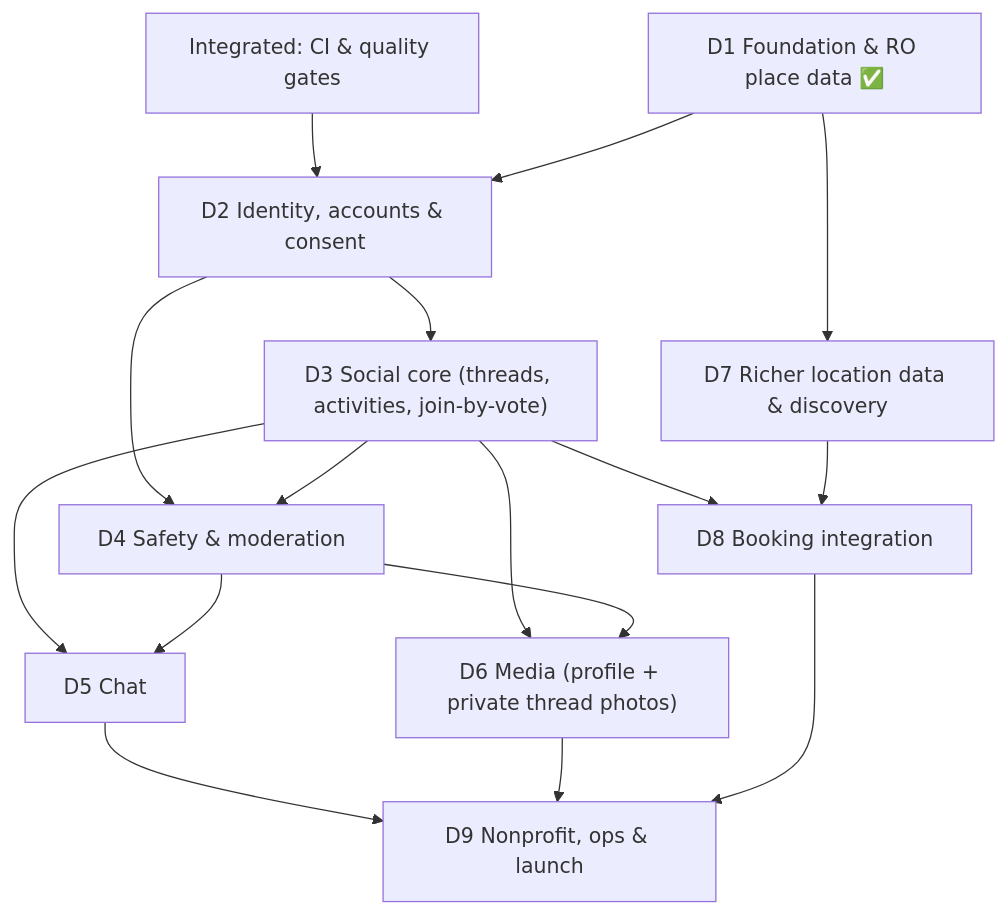
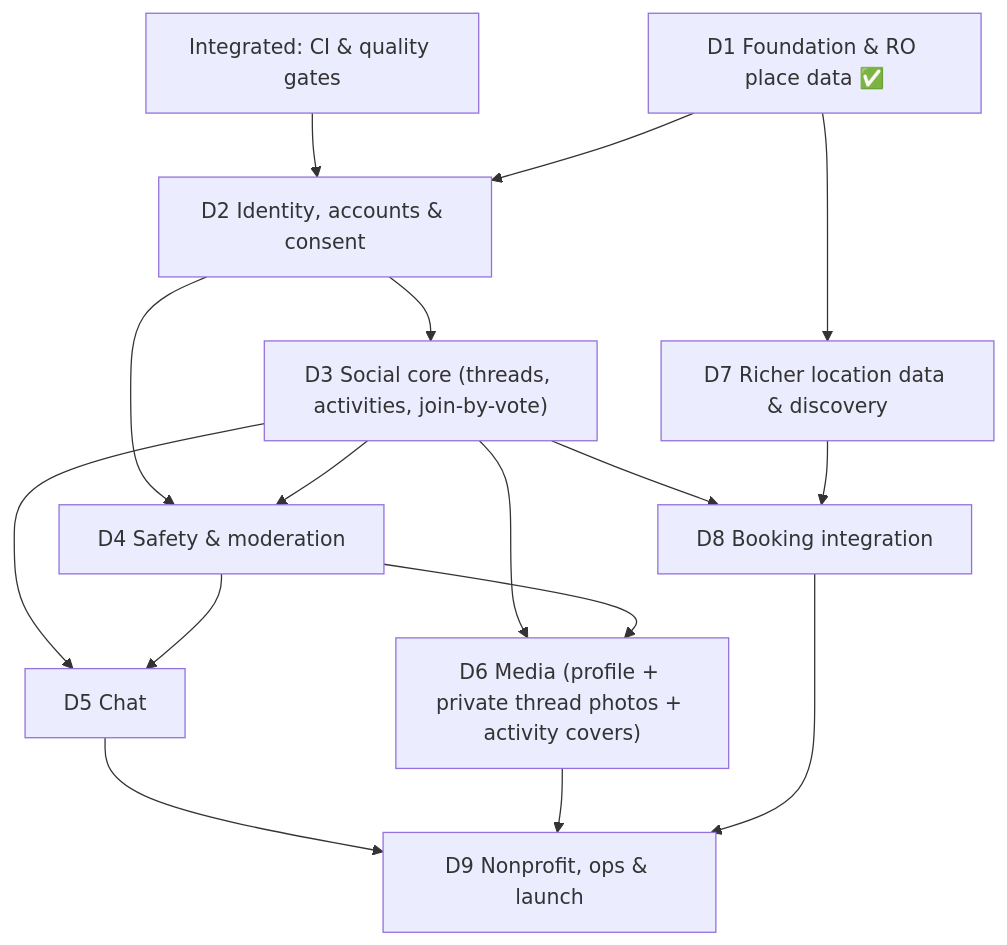
Before and after one commit to DobosP/social_media_activities_app: the diagram in docs/ROADMAP.md, drawn with Mermaid. The commit also changed other lines of this file and 27 other files, not shown here.

````diff
--- a/docs/ROADMAP.md
+++ b/docs/ROADMAP.md
@@ -45,29 +46,29 @@
 ```mermaid
 graph TD
     D1["D1 Foundation & RO place data ✅"]
     A["Integrated: CI & quality gates"]
     D2["D2 Identity, accounts & consent"]
     D3["D3 Social core (threads, activities, join-by-vote)"]
     D4["D4 Safety & moderation"]
     D5["D5 Chat"]
-    D6["D6 Media (profile + private thread photos)"]
+    D6["D6 Media (profile + private thread photos + activity covers)"]
     D7["D7 Richer location data & discovery"]
     D8["D8 Booking integration"]
     D9["D9 Nonprofit, ops & launch"]
 
     A --> D2
     D1 --> D2
     D2 --> D3
     D2 --> D4
     D3 --> D4
     D3 --> D5
     D4 --> D5
     D3 --> D6
     D4 --> D6
     D1 --> D7
     D3 --> D8
     D7 --> D8
     D5 --> D9
     D6 --> D9
     D8 --> D9
 ```
````
